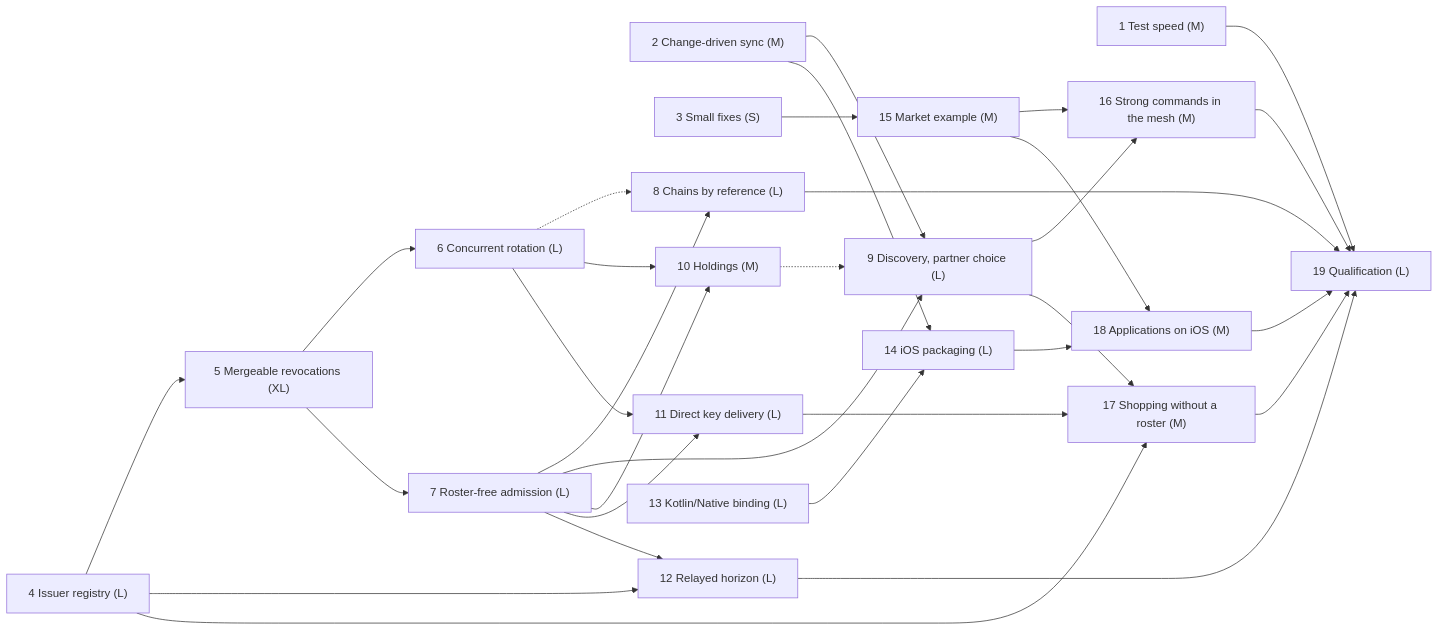
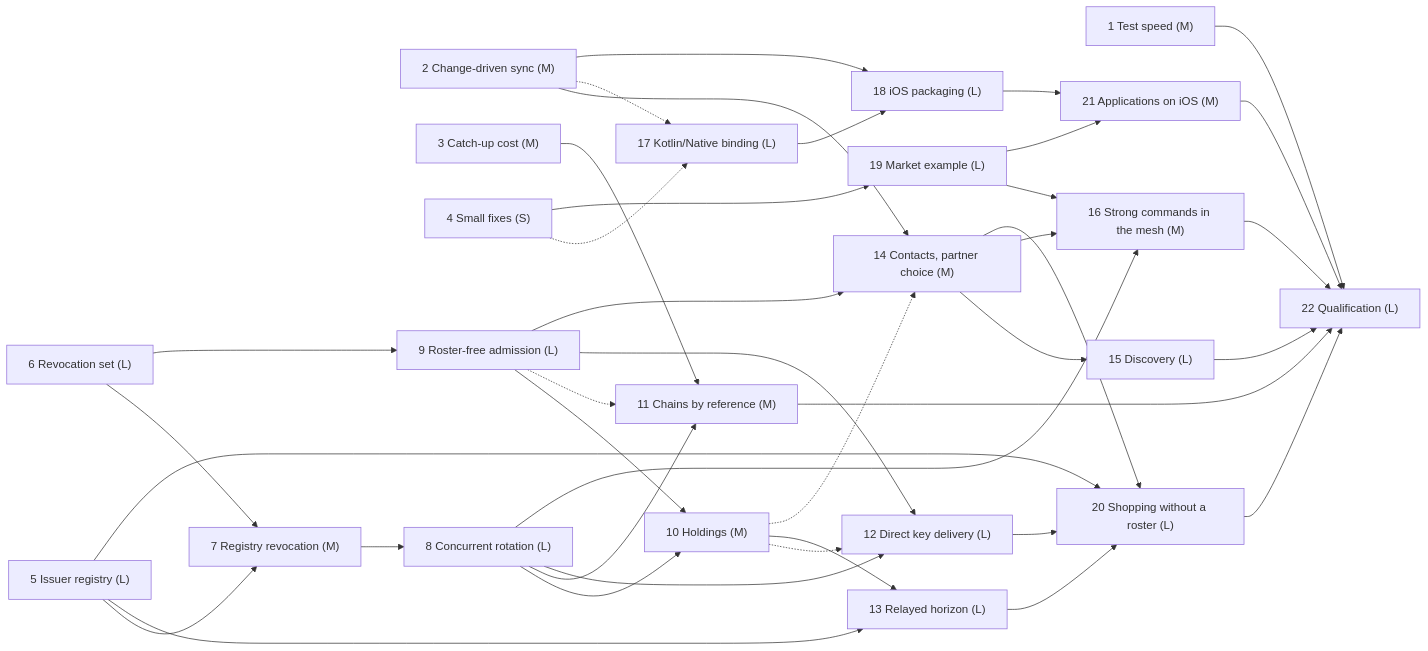
One commit to BierDav/rocky changed the diagram in docs/features_07/README.md. Above: the diagram before and after it, drawn with Mermaid. The commit also changed other lines of this file and 49 other files, not shown here.

````diff
--- a/docs/features_07/README.md
+++ b/docs/features_07/README.md
@@ -73,53 +82,64 @@
 ```mermaid
 flowchart LR
     P1["1 Test speed (M)"]
     P2["2 Change-driven sync (M)"]
-    P3["3 Small fixes (S)"]
-    P4["4 Issuer registry (L)"]
-    P5["5 Mergeable revocations (XL)"]
-    P6["6 Concurrent rotation (L)"]
-    P7["7 Roster-free admission (L)"]
-    P8["8 Chains by reference (L)"]
-    P9["9 Discovery, partner choice (L)"]
+    P3["3 Catch-up cost (M)"]
+    P4["4 Small fixes (S)"]
+    P5["5 Issuer registry (L)"]
+    P6["6 Revocation set (L)"]
+    P7["7 Registry revocation (M)"]
+    P8["8 Concurrent rotation (L)"]
+    P9["9 Roster-free admission (L)"]
     P10["10 Holdings (M)"]
-    P11["11 Direct key delivery (L)"]
-    P12["12 Relayed horizon (L)"]
-    P13["13 Kotlin/Native binding (L)"]
-    P14["14 iOS packaging (L)"]
-    P15["15 Market example (M)"]
+    P11["11 Chains by reference (M)"]
+    P12["12 Direct key delivery (L)"]
+    P13["13 Relayed horizon (L)"]
+    P14["14 Contacts, partner choice (M)"]
+    P15["15 Discovery (L)"]
     P16["16 Strong commands in the mesh (M)"]
-    P17["17 Shopping without a roster (M)"]
-    P18["18 Applications on iOS (M)"]
-    P19["19 Qualification (L)"]
+    P17["17 Kotlin/Native binding (L)"]
+    P18["18 iOS packaging (L)"]
+    P19["19 Market example (L)"]
+    P20["20 Shopping without a roster (L)"]
+    P21["21 Applications on iOS (M)"]
+    P22["22 Qualification (L)"]
 
-    P4 --> P5
-    P5 --> P6
     P5 --> P7
+    P6 --> P7
     P7 --> P8
-    P6 -.-> P8
-    P2 --> P9
-    P7 --> P9
-    P10 -.-> P9
-    P6 --> P10
-    P7 --> P10
-    P6 --> P11
-    P7 --> P11
-    P4 --> P12
-    P7 --> P12
-    P13 --> P14
+    P6 --> P9
+    P8 --> P10
+    P9 --> P10
+    P3 --> P11
+    P8 --> P11
+    P9 -.-> P11
+    P8 --> P12
+    P9 --> P12
+    P10 -.-> P12
+    P5 --> P13
+    P10 --> P13
     P2 --> P14
-    P3 --> P15
-    P9 --> P16
-    P15 --> P16
-    P4 --> P17
-    P9 --> P17
-    P11 --> P17
-    P14 --> P18
-    P15 --> P18
-    P1 --> P19
-    P8 --> P19
-    P12 --> P19
-    P16 --> P19
-    P17 --> P19
-    P18 --> P19
+    P9 --> P14
+    P10 -.-> P14
+    P14 --> P15
+    P8 --> P16
+    P14 --> P16
+    P19 --> P16
+    P2 -.-> P17
+    P4 -.-> P17
+    P2 --> P18
+    P17 --> P18
+    P4 --> P19
+    P5 --> P20
+    P12 --> P20
+    P13 --> P20
+    P14 --> P20
+    P18 --> P21
+    P19 --> P21
+    P1 --> P22
+    P11 --> P22
+    P15 --> P22
+    P16 --> P22
+    P20 --> P22
+    P21 --> P22
 ```
````
